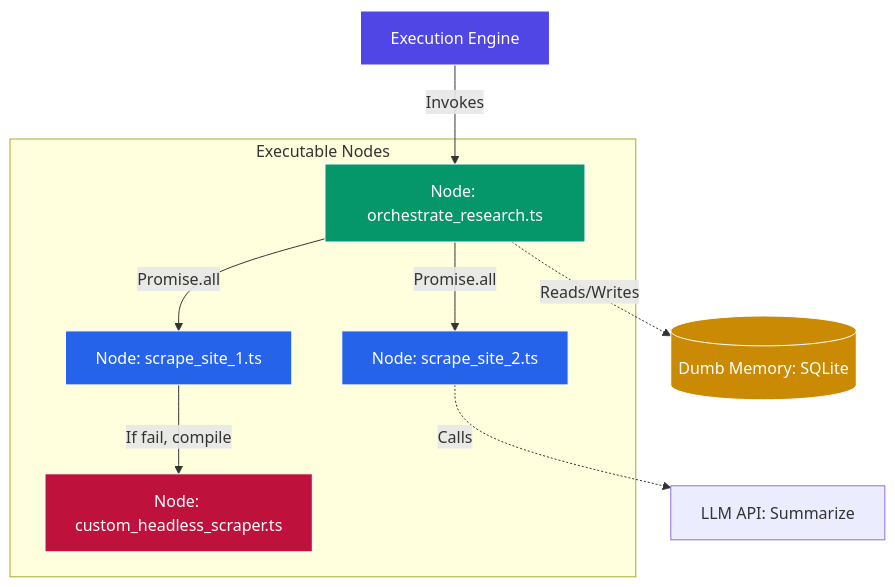
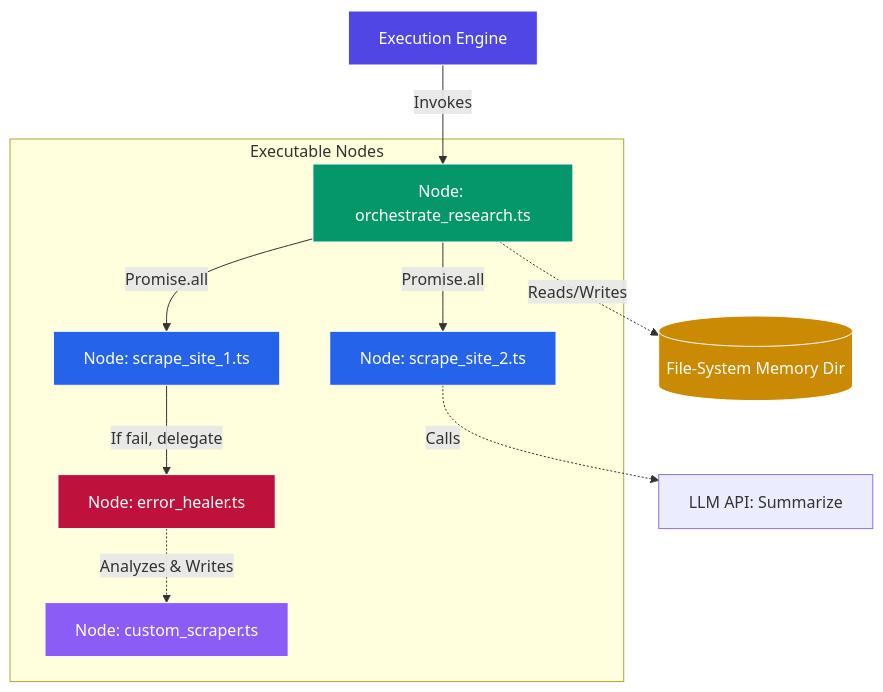
The diagram in README.md (polly3223/dynamic-harness), drawn with Mermaid before and after one commit. The commit also changed other lines of this file and 2 other files, not shown here.

Commit message:
refactor: replace sqlite with hierarchical fs memory, improve error delegation

````diff
--- a/README.md
+++ b/README.md
@@ -13,21 +13,23 @@
 ```mermaid
 graph TD
     Engine[Execution Engine] -->|Invokes| NodeA[Node: orchestrate_research.ts]
     
     subgraph Executable Nodes
         NodeA -->|Promise.all| NodeB[Node: scrape_site_1.ts]
         NodeA -->|Promise.all| NodeC[Node: scrape_site_2.ts]
         
-        NodeB -->|If fail, compile| NodeD[Node: custom_headless_scraper.ts]
+        NodeB -->|If fail, delegate| NodeD[Node: error_healer.ts]
+        NodeD -.->|Analyzes & Writes| NodeE[Node: custom_scraper.ts]
     end
     
-    NodeA -.->|Reads/Writes| Mem[(Dumb Memory: SQLite)]
+    NodeA -.->|Reads/Writes| Mem[(File-System Memory Dir)]
     NodeC -.->|Calls| LLM[LLM API: Summarize]
     
     style Engine fill:#4f46e5,stroke:#fff,color:#fff
     style NodeA fill:#059669,stroke:#fff,color:#fff
     style NodeB fill:#2563eb,stroke:#fff,color:#fff
     style NodeC fill:#2563eb,stroke:#fff,color:#fff
     style NodeD fill:#be123c,stroke:#fff,color:#fff
+    style NodeE fill:#8b5cf6,stroke:#fff,color:#fff
     style Mem fill:#ca8a04,stroke:#fff,color:#fff
 ```
````
